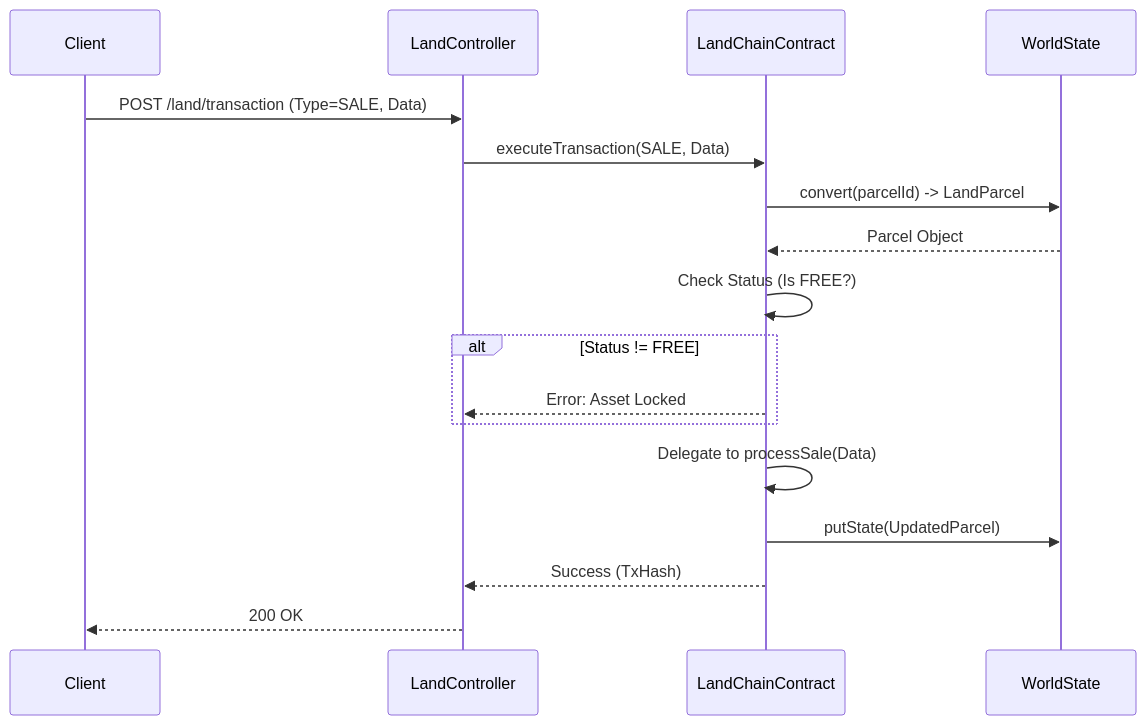
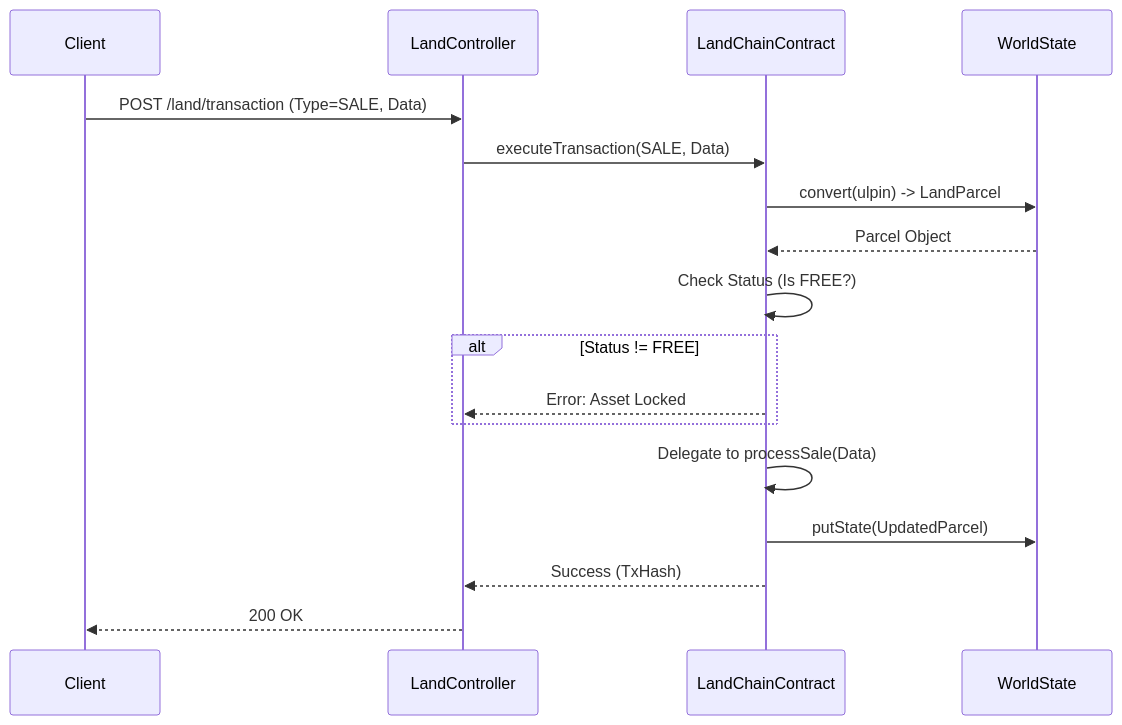
Before and after one commit to chiragthakur09/LandChain: the second of 3 diagrams in docs/architecture.md, drawn with Mermaid. The commit also changed other lines of this file and 52 other files, not shown here.

````diff
--- a/docs/architecture.md
+++ b/docs/architecture.md
@@ -69,22 +69,22 @@
 ```mermaid
 sequenceDiagram
     participant Client
     participant API as LandController
     participant Chaincode as LandChainContract
     participant State as WorldState
 
     Client->>API: POST /land/transaction (Type=SALE, Data)
     API->>Chaincode: executeTransaction(SALE, Data)
-    Chaincode->>State: convert(parcelId) -> LandParcel
+    Chaincode->>State: convert(ulpin) -> LandParcel
     State-->>Chaincode: Parcel Object
     
     Chaincode->>Chaincode: Check Status (Is FREE?)
     alt Status != FREE
         Chaincode-->>API: Error: Asset Locked
     end
 
     Chaincode->>Chaincode: Delegate to processSale(Data)
     Chaincode->>State: putState(UpdatedParcel)
     Chaincode-->>API: Success (TxHash)
     API-->>Client: 200 OK
 ```
````
